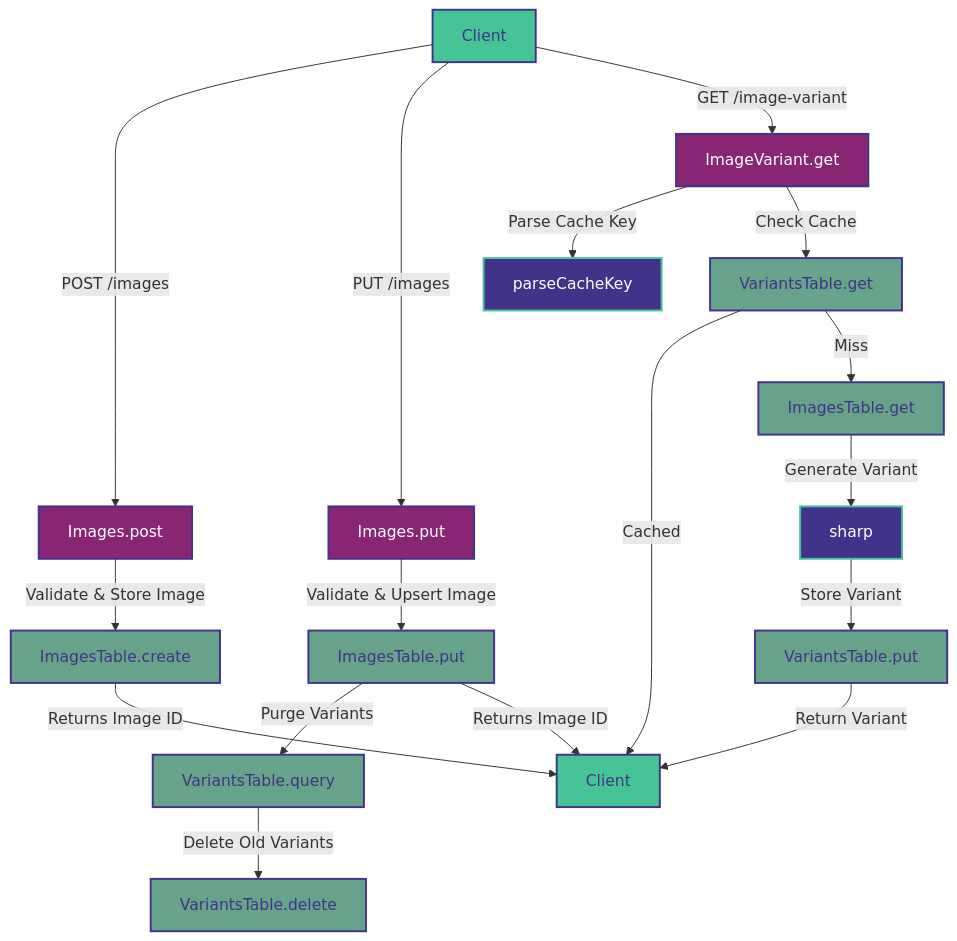
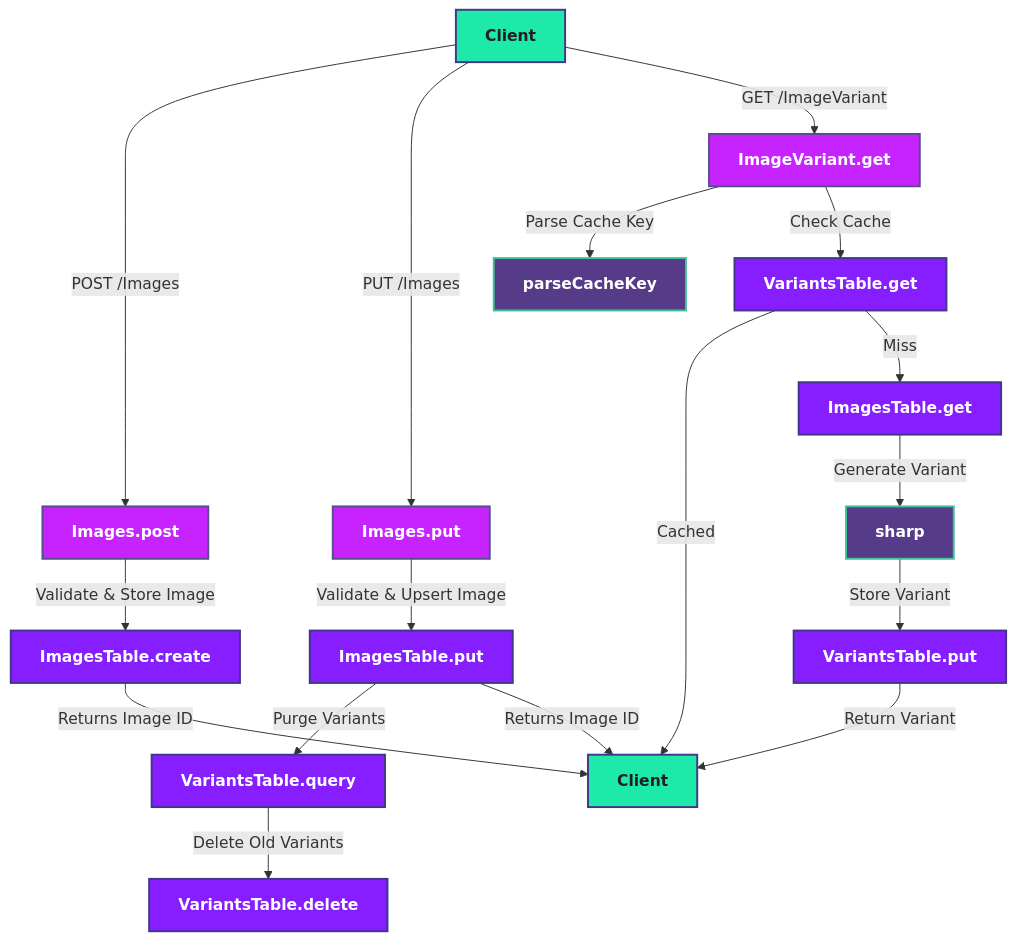
The diagram in README.md (HarperFast/image-optimizer), drawn with Mermaid before and after one commit. The commit also changed other lines of this file and 1 other file, not shown here.

Commit message:
enhance integration tests for image variant caching and error handling

````diff
--- a/README.md
+++ b/README.md
@@ -25,26 +25,26 @@
 ```mermaid
 flowchart TD
-    classDef client fill:#46C497,stroke:#41338A,stroke-width:2,color:#41338A;
-    classDef api fill:#892674,stroke:#41338A,stroke-width:2,color:#fff;
-    classDef db fill:#66A38A,stroke:#41338A,stroke-width:2,color:#41338A;
-    classDef process fill:#41338A,stroke:#46C497,stroke-width:2,color:#fff;
+    classDef client fill:#1DE9A9,stroke:#40368B,stroke-width:2,color:#231F20,font-weight:bold;
+    classDef api fill:#C723FF,stroke:#564D8D,stroke-width:2,color:#fff,font-weight:bold;
+    classDef db fill:#861EFF,stroke:#40368B,stroke-width:2,color:#fff,font-weight:bold;
+    classDef process fill:#563C88,stroke:#42C196,stroke-width:2,color:#fff,font-weight:bold;
 
-    A[Client]:::client -->|POST /images| B[Images.post]:::api
+    A[Client]:::client -->|POST /Images| B[Images.post]:::api
     B -->|Validate & Store Image| C[ImagesTable.create]:::db
     C -->|Returns Image ID| D[Client]:::client
 
-    A -->|PUT /images| E[Images.put]:::api
+    A -->|PUT /Images| E[Images.put]:::api
     E -->|Validate & Upsert Image| F[ImagesTable.put]:::db
     F -->|Purge Variants| G[VariantsTable.query]:::db
     G -->|Delete Old Variants| H[VariantsTable.delete]:::db
     F -->|Returns Image ID| D
 
-    A -->|GET /image-variant| I[ImageVariant.get]:::api
+    A -->|GET /ImageVariant| I[ImageVariant.get]:::api
     I -->|Parse Cache Key| J[parseCacheKey]:::process
     I -->|Check Cache| K[VariantsTable.get]:::db
     K -- Cached --> D
     K -- Miss --> L[ImagesTable.get]:::db
     L -->|Generate Variant| M[sharp]:::process
     M -->|Store Variant| N[VariantsTable.put]:::db
     N -->|Return Variant| D
 ```
````
